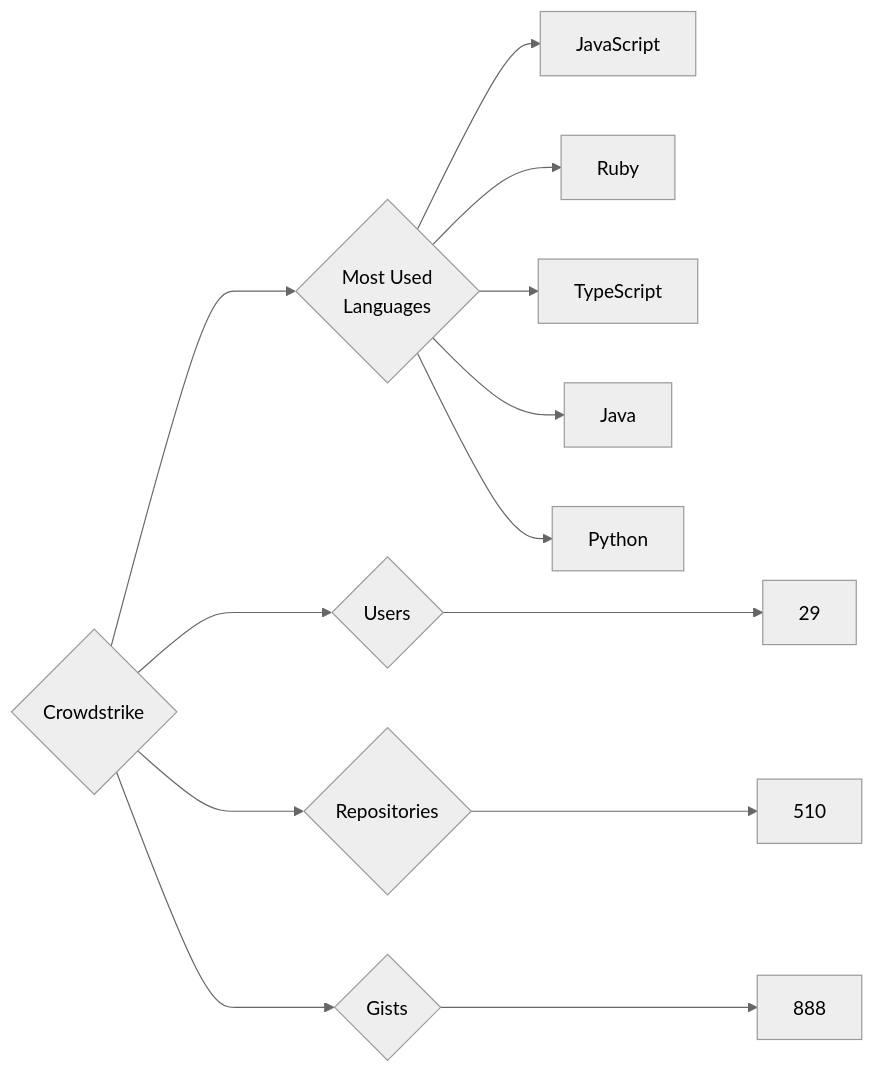
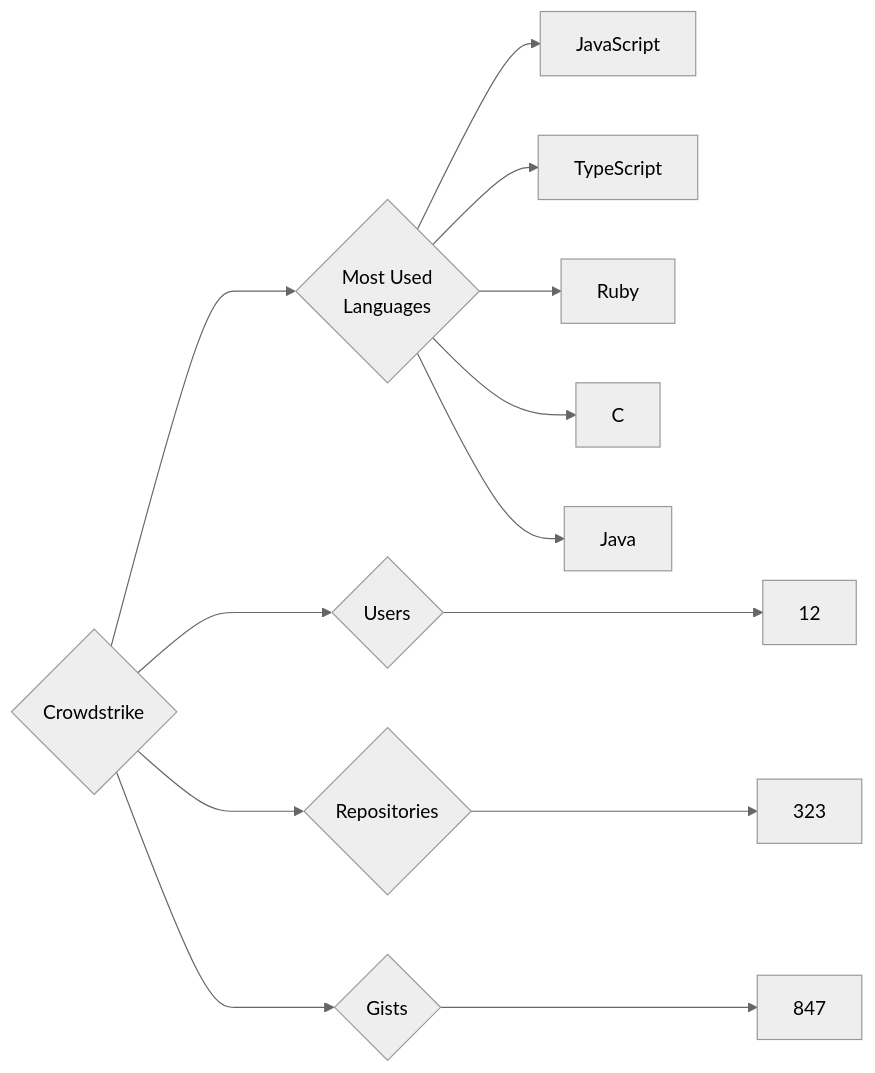
The diagram in targets/Crowdstrike/README.md (trickest/insiders), drawn with Mermaid (neutral theme) before and after one commit. The commit also changed 611 other files, not shown here.

````diff
--- a/targets/Crowdstrike/README.md
+++ b/targets/Crowdstrike/README.md
@@ -3,13 +3,13 @@
 ```mermaid
 graph LR
 COMPANY_NAME{Crowdstrike}
-COMPANY_NAME ---> U{Users} ---> UN[29]
-COMPANY_NAME ---> R{Repositories} ---> RN[510]
-COMPANY_NAME ---> G{Gists} ---> GN[888]
+COMPANY_NAME ---> U{Users} ---> UN[12]
+COMPANY_NAME ---> R{Repositories} ---> RN[323]
+COMPANY_NAME ---> G{Gists} ---> GN[847]
 COMPANY_NAME ---> ML{Most Used<br>Languages}
 ML --> JavaScript[JavaScript]
+ML --> TypeScript[TypeScript]
 ML --> Ruby[Ruby]
-ML --> TypeScript[TypeScript]
+ML --> C[C]
 ML --> Java[Java]
-ML --> Python[Python]
 ```
````
